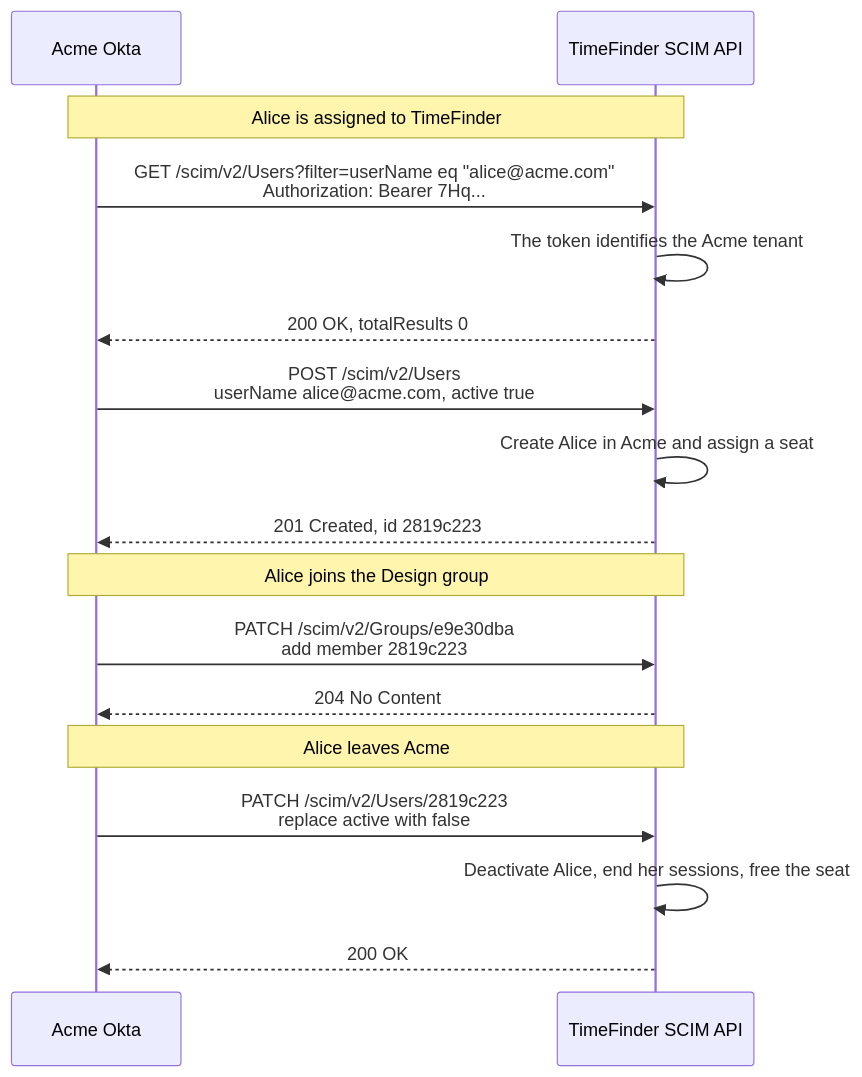
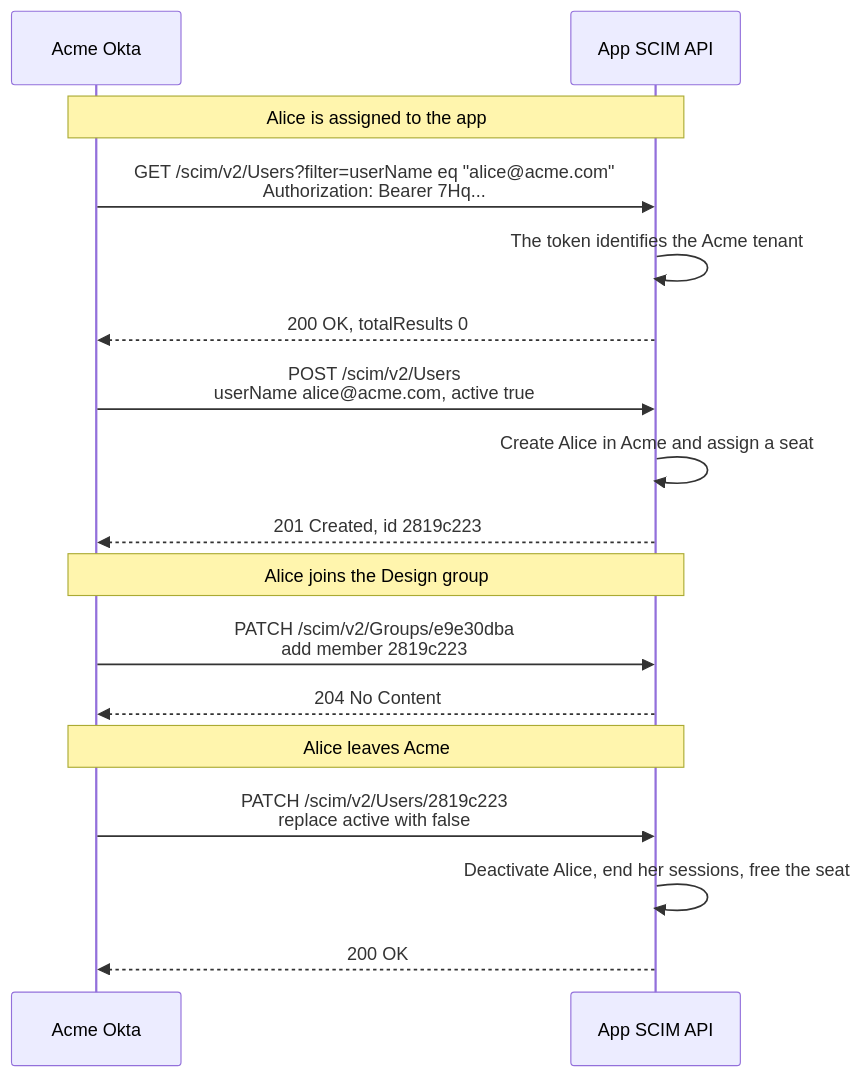
The third of 3 diagrams in cheatsheets/sso-saml-scim.md (fsw0422/sd-handbook), drawn with Mermaid before and after one commit. The commit also changed other lines of this file and 2 other files, not shown here.

````diff
--- a/cheatsheets/sso-saml-scim.md
+++ b/cheatsheets/sso-saml-scim.md
@@ -227,20 +227,20 @@
 ```mermaid
 sequenceDiagram
     participant O as Acme Okta
-    participant T as TimeFinder SCIM API
+    participant T as App SCIM API
 
-    Note over O,T: Alice is assigned to TimeFinder
+    Note over O,T: Alice is assigned to the app
     O->>T: GET /scim/v2/Users?filter=userName eq "alice@acme.com"<br/>Authorization: Bearer 7Hq...
     T->>T: The token identifies the Acme tenant
     T-->>O: 200 OK, totalResults 0
     O->>T: POST /scim/v2/Users<br/>userName alice@acme.com, active true
     T->>T: Create Alice in Acme and assign a seat
     T-->>O: 201 Created, id 2819c223
     Note over O,T: Alice joins the Design group
     O->>T: PATCH /scim/v2/Groups/e9e30dba<br/>add member 2819c223
     T-->>O: 204 No Content
     Note over O,T: Alice leaves Acme
     O->>T: PATCH /scim/v2/Users/2819c223<br/>replace active with false
     T->>T: Deactivate Alice, end her sessions, free the seat
     T-->>O: 200 OK
 ```
````
